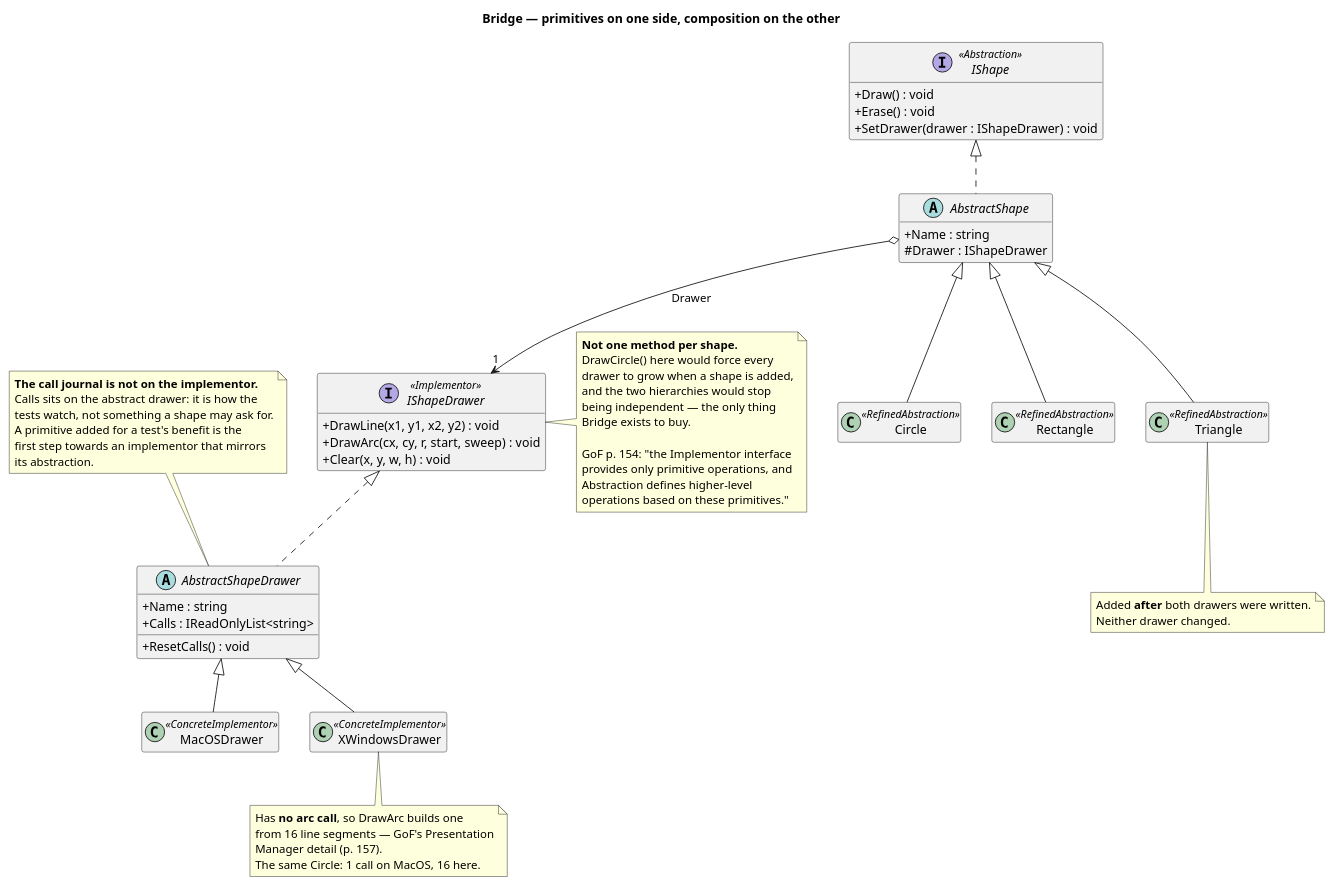
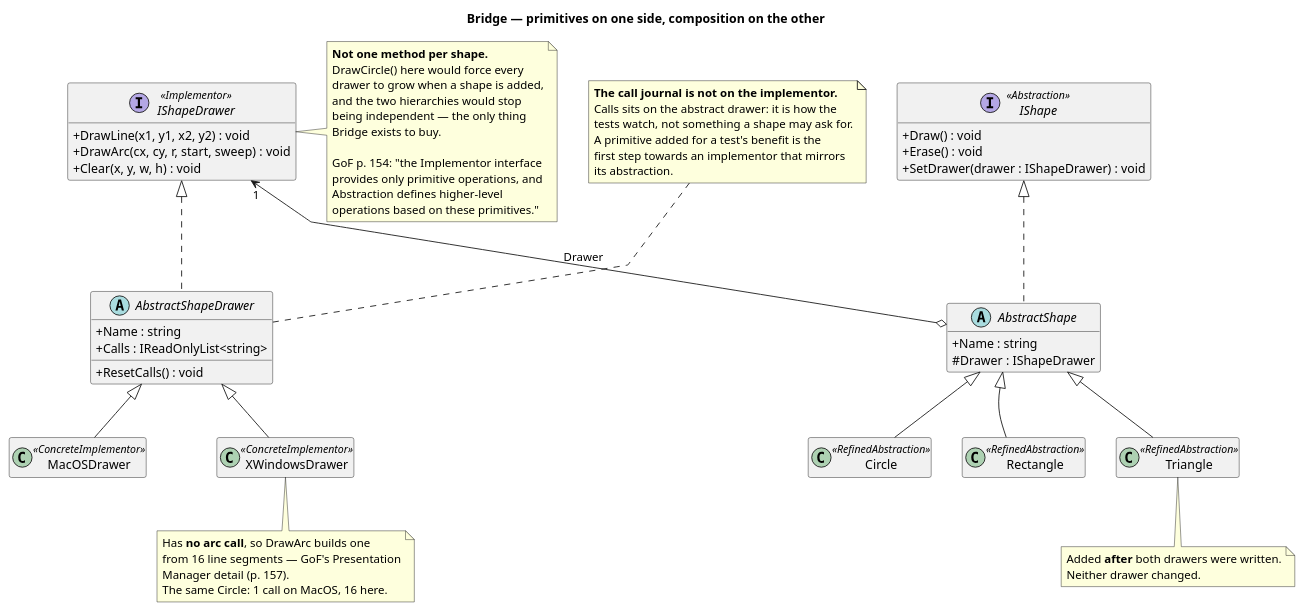
The diagram in Bridge/src/Bridge/Shape/Solution/uml/Bridge - Shape (Pattern) - Class Diagram.puml (kaldiroglu/DesignPatternsWithCSharp), drawn with PlantUML before and after one commit. The commit also changed 43 other files, not shown here.

Commit message:
Diagrams: each parent above and centered over its children, on one row, with straight lines

```diff
--- a/Bridge/src/Bridge/Shape/Solution/uml/Bridge - Shape (Pattern) - Class Diagram.puml
+++ b/Bridge/src/Bridge/Shape/Solution/uml/Bridge - Shape (Pattern) - Class Diagram.puml
@@ -1,82 +1,99 @@
 @startuml "Bridge - Shape (Pattern) - Class Diagram"
+skinparam linetype polyline
+skinparam class {
+  BackgroundColor<<spacer>> transparent
+  BorderColor<<spacer>> transparent
+  FontColor<<spacer>> transparent
+}
+hide <<spacer>> stereotype
+hide <<spacer>> circle
 skinparam classAttributeIconSize 0
 hide empty members
 title Bridge — primitives on one side, composition on the other
 
 
 interface IShape <<Abstraction>> {
   + Draw() : void
   + Erase() : void
   + SetDrawer(drawer : IShapeDrawer) : void
 }
 
 abstract class AbstractShape {
   + Name : string
   # Drawer : IShapeDrawer
 }
 
 class Circle <<RefinedAbstraction>>
 class Rectangle <<RefinedAbstraction>>
 class Triangle <<RefinedAbstraction>>
 
 interface IShapeDrawer <<Implementor>> {
   + DrawLine(x1, y1, x2, y2) : void
   + DrawArc(cx, cy, r, start, sweep) : void
   + Clear(x, y, w, h) : void
 }
 
 abstract class AbstractShapeDrawer {
   + Name : string
   + Calls : IReadOnlyList<string>
   + ResetCalls() : void
 }
 
 class MacOSDrawer <<ConcreteImplementor>>
 class XWindowsDrawer <<ConcreteImplementor>>
 
 IShape <|.. AbstractShape
 AbstractShape <|-- Circle
 AbstractShape <|-- Rectangle
 AbstractShape <|-- Triangle
-AbstractShape o--> "1" IShapeDrawer : Drawer
 IShapeDrawer <|.. AbstractShapeDrawer
 AbstractShapeDrawer <|-- MacOSDrawer
 AbstractShapeDrawer <|-- XWindowsDrawer
 
 note right of IShapeDrawer
   <b>Not one method per shape.</b>
   DrawCircle() here would force every
   drawer to grow when a shape is added,
   and the two hierarchies would stop
   being independent — the only thing
   Bridge exists to buy.
 
   GoF p. 154: "the Implementor interface
   provides only primitive operations, and
   Abstraction defines higher-level
   operations based on these primitives."
 end note
 
 note bottom of XWindowsDrawer
   Has <b>no arc call</b>, so DrawArc builds one
   from 16 line segments — GoF's Presentation
   Manager detail (p. 157).
   The same Circle: 1 call on MacOS, 16 here.
 end note
 
 note bottom of Triangle
   Added <b>after</b> both drawers were written.
   Neither drawer changed.
 end note
 
 note as N1
   <b>The call journal is not on the implementor.</b>
   Calls sits on the abstract drawer: it is how the
   tests watch, not something a shape may ask for.
   A primitive added for a test's benefit is the
   first step towards an implementor that mirrors
   its abstraction.
 end note
-N1 .. AbstractShapeDrawer
 
+AbstractShape -[hidden]- Rectangle
+AbstractShape -[hidden]- Rectangle
+Circle -[hidden]right- Rectangle
+Rectangle -[hidden]right- Triangle
+class " " as Spacer1 <<spacer>>
+AbstractShapeDrawer -[hidden]- Spacer1
+AbstractShapeDrawer -[hidden]- Spacer1
+MacOSDrawer -[hidden]right- Spacer1
+Spacer1 -[hidden]right- XWindowsDrawer
+AbstractShape o-[norank]-> "1" IShapeDrawer : Drawer
+N1 .[norank]. AbstractShapeDrawer
 @enduml
```
